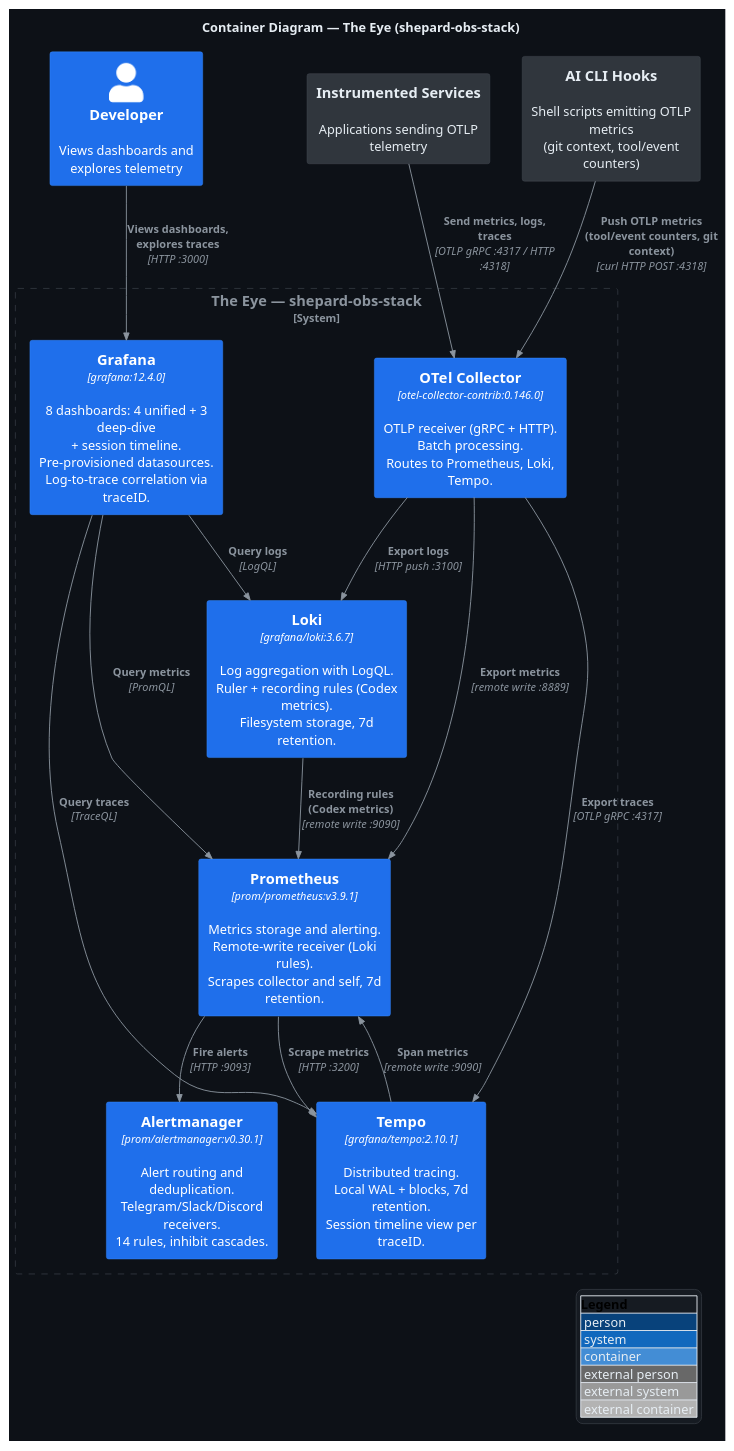
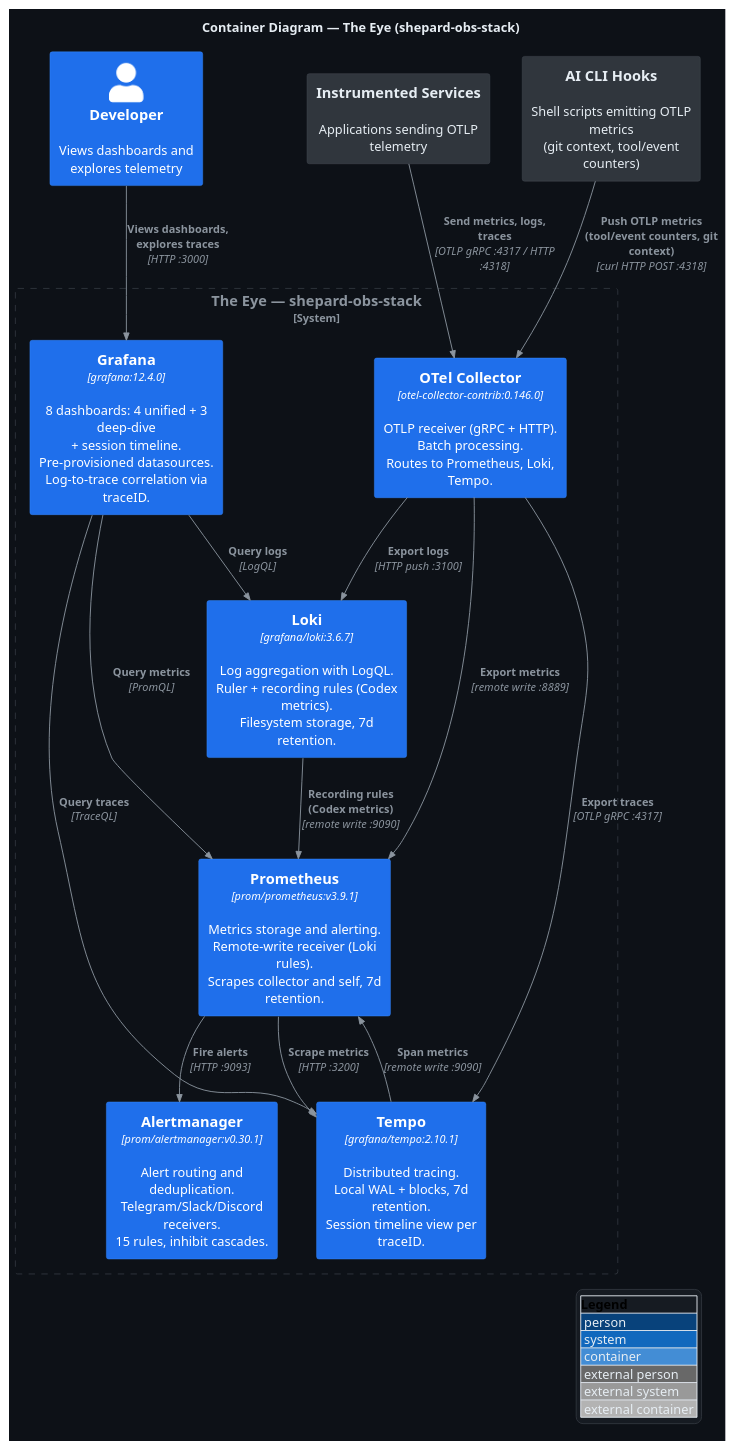
One commit to shepard-system/shepard-obs-stack changed the diagram in docs/c4/c2-container.puml. Above: the diagram before and after it, drawn with PlantUML. The commit also changed 1 other file, not shown here.

Commit message:
Fix alert rule count in C2 container diagram (14 → 15)

```diff
--- a/docs/c4/c2-container.puml
+++ b/docs/c4/c2-container.puml
@@ -1,61 +1,61 @@
 @startuml c2-container
 !include https://raw.githubusercontent.com/plantuml-stdlib/C4-PlantUML/master/C4_Container.puml
 
 ' ── Dark theme (GitHub #0d1117) ──
 skinparam backgroundColor #0d1117
 skinparam defaultFontColor #e6edf3
 skinparam ArrowColor #8b949e
 skinparam ArrowFontColor #8b949e
 skinparam titleFontColor #e6edf3
 skinparam legendBackgroundColor #161b22
 skinparam legendBorderColor #30363d
 skinparam legendFontColor #e6edf3
 
 UpdateElementStyle("person", $bgColor="#1f6feb", $fontColor="#ffffff", $borderColor="#388bfd")
 UpdateElementStyle("system", $bgColor="#1f6feb", $fontColor="#ffffff", $borderColor="#388bfd")
 UpdateElementStyle("external_system", $bgColor="#30363d", $fontColor="#e6edf3", $borderColor="#484f58")
 UpdateElementStyle("container", $bgColor="#1f6feb", $fontColor="#ffffff", $borderColor="#388bfd")
 UpdateElementStyle("system_boundary", $fontColor="#8b949e", $borderColor="#30363d")
 
 LAYOUT_WITH_LEGEND()
 
 title Container Diagram — The Eye (shepard-obs-stack)
 
 Person(developer, "Developer", "Views dashboards and explores telemetry")
 
 System_Ext(cli_hooks, "AI CLI Hooks", "Shell scripts emitting OTLP metrics\n(git context, tool/event counters)")
 System_Ext(apps, "Instrumented Services", "Applications sending OTLP telemetry")
 
 System_Boundary(eye, "The Eye — shepard-obs-stack") {
     Container(grafana, "Grafana", "grafana:12.4.0", "8 dashboards: 4 unified + 3 deep-dive\n+ session timeline.\nPre-provisioned datasources.\nLog-to-trace correlation via traceID.")
 
     Container(loki, "Loki", "grafana/loki:3.6.7", "Log aggregation with LogQL.\nRuler + recording rules (Codex metrics).\nFilesystem storage, 7d retention.")
 
     Container(prometheus, "Prometheus", "prom/prometheus:v3.9.1", "Metrics storage and alerting.\nRemote-write receiver (Loki rules).\nScrapes collector and self, 7d retention.")
 
-    Container(alertmanager, "Alertmanager", "prom/alertmanager:v0.30.1", "Alert routing and deduplication.\nTelegram/Slack/Discord receivers.\n14 rules, inhibit cascades.")
+    Container(alertmanager, "Alertmanager", "prom/alertmanager:v0.30.1", "Alert routing and deduplication.\nTelegram/Slack/Discord receivers.\n15 rules, inhibit cascades.")
 
     Container(tempo, "Tempo", "grafana/tempo:2.10.1", "Distributed tracing.\nLocal WAL + blocks, 7d retention.\nSession timeline view per traceID.")
 
     Container(collector, "OTel Collector", "otel-collector-contrib:0.146.0", "OTLP receiver (gRPC + HTTP).\nBatch processing.\nRoutes to Prometheus, Loki, Tempo.")
 }
 
 Rel(developer, grafana, "Views dashboards, explores traces", "HTTP :3000")
 
 Rel(cli_hooks, collector, "Push OTLP metrics\n(tool/event counters, git context)", "curl HTTP POST :4318")
 Rel(apps, collector, "Send metrics, logs, traces", "OTLP gRPC :4317 / HTTP :4318")
 
 Rel(collector, prometheus, "Export metrics", "remote write :8889")
 Rel(collector, loki, "Export logs", "HTTP push :3100")
 Rel(collector, tempo, "Export traces", "OTLP gRPC :4317")
 
 Rel(loki, prometheus, "Recording rules\n(Codex metrics)", "remote write :9090")
 Rel(prometheus, alertmanager, "Fire alerts", "HTTP :9093")
 Rel(prometheus, tempo, "Scrape metrics", "HTTP :3200")
 Rel(tempo, prometheus, "Span metrics", "remote write :9090")
 
 Rel(grafana, prometheus, "Query metrics", "PromQL")
 Rel(grafana, loki, "Query logs", "LogQL")
 Rel(grafana, tempo, "Query traces", "TraceQL")
 
 @enduml
```
